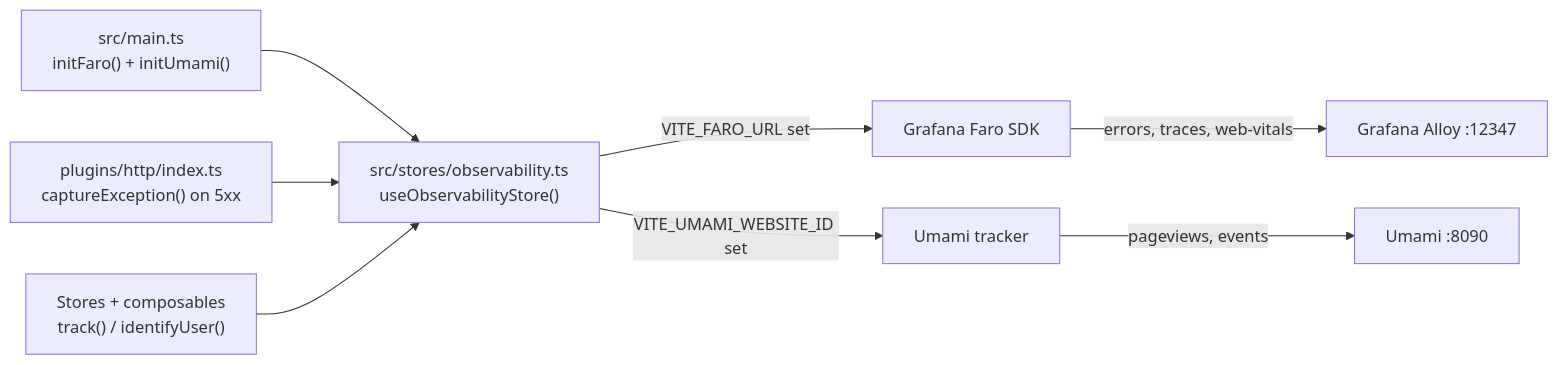
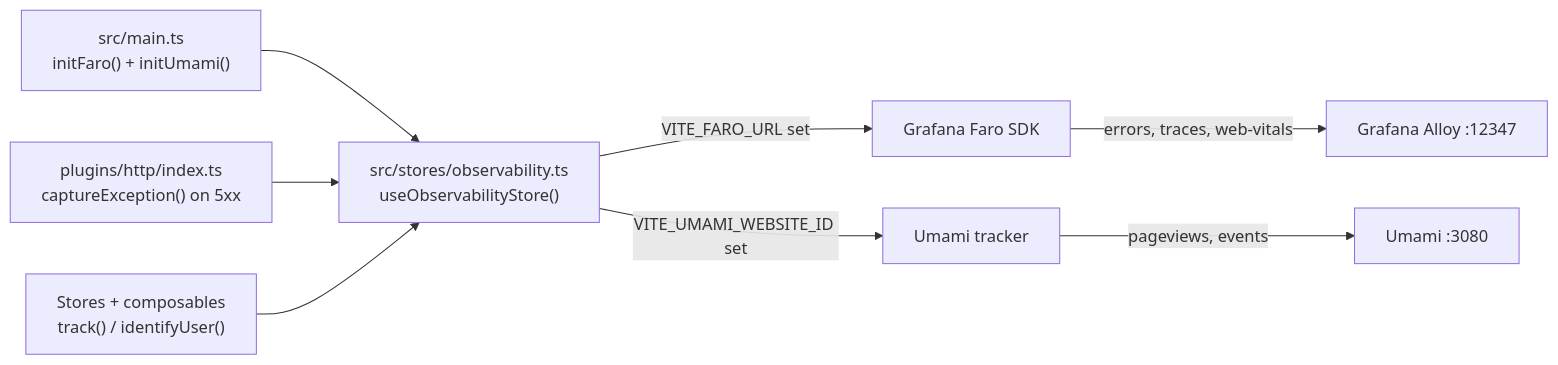
Before and after one commit to Guebbit/boilerplate-vue-frontend: the diagram in docs/tools/observability.md, drawn with Mermaid. The commit also changed other lines of this file and 21 other files, not shown here.

````diff
--- a/docs/tools/observability.md
+++ b/docs/tools/observability.md
@@ -16,16 +16,16 @@
 ```mermaid
 %%{init: {'flowchart': {'nodeSpacing': 50, 'rankSpacing': 65}}}%%
 flowchart LR
     Main["src/main.ts\ninitFaro() + initUmami()"]
     Store["src/stores/observability.ts\nuseObservabilityStore()"]
     HTTP["plugins/http/index.ts\ncaptureException() on 5xx"]
     Components["Stores + composables\ntrack() / identifyUser()"]
 
     Main --> Store
     HTTP --> Store
     Components --> Store
     Store -->|VITE_FARO_URL set| Faro["Grafana Faro SDK"]
     Store -->|VITE_UMAMI_WEBSITE_ID set| Umami["Umami tracker"]
     Faro -->|errors, traces, web-vitals| Alloy["Grafana Alloy :12347"]
-    Umami -->|pageviews, events| UmamiServer["Umami :8090"]
+    Umami -->|pageviews, events| UmamiServer["Umami :3080"]
 ```
````
